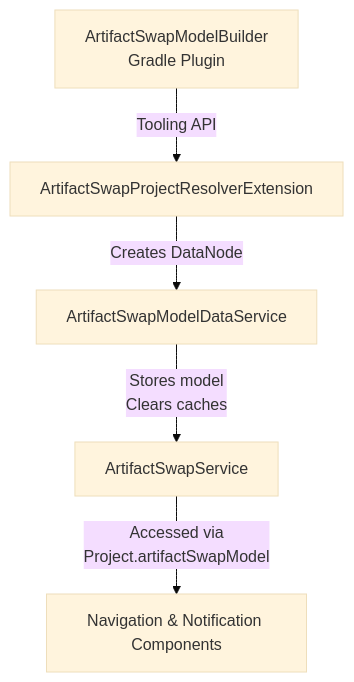
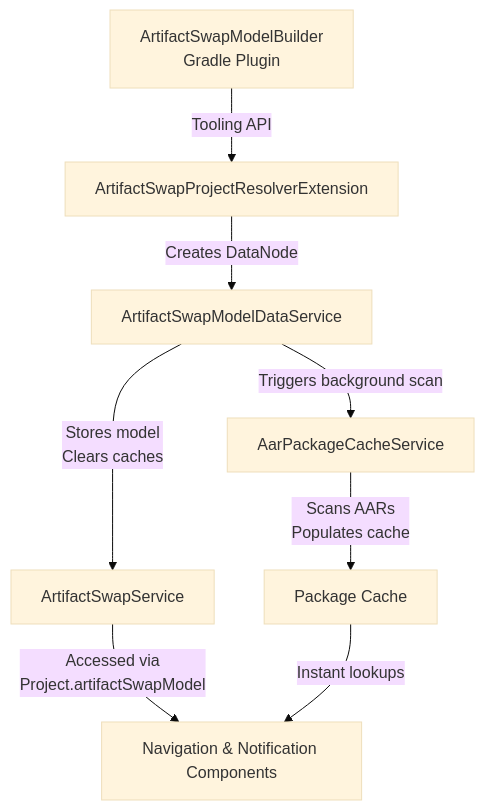
Before and after one commit to block/artifact-swap: the first of 3 diagrams in ide-plugin/README.md, drawn with Mermaid (base theme). The commit also changed other lines of this file and 8 other files, not shown here.

Commit message:
Optimized aar package indexing by populating in background after IDE sync completes

````diff
--- a/ide-plugin/README.md
+++ b/ide-plugin/README.md
@@ -34,7 +39,10 @@
 ```mermaid
 flowchart TD
     A[ArtifactSwapModelBuilder<br/>Gradle Plugin] -->|Tooling API| B[ArtifactSwapProjectResolverExtension]
     B -->|Creates DataNode| C[ArtifactSwapModelDataService]
     C -->|Stores model<br/>Clears caches| D[ArtifactSwapService]
-    D -->|Accessed via<br/>Project.artifactSwapModel| E[Navigation & Notification Components]
+    C -->|Triggers background scan| E[AarPackageCacheService]
+    E -->|Scans AARs<br/>Populates cache| F[Package Cache]
+    D -->|Accessed via<br/>Project.artifactSwapModel| G[Navigation & Notification Components]
+    F -->|Instant lookups| G
 ```
````
